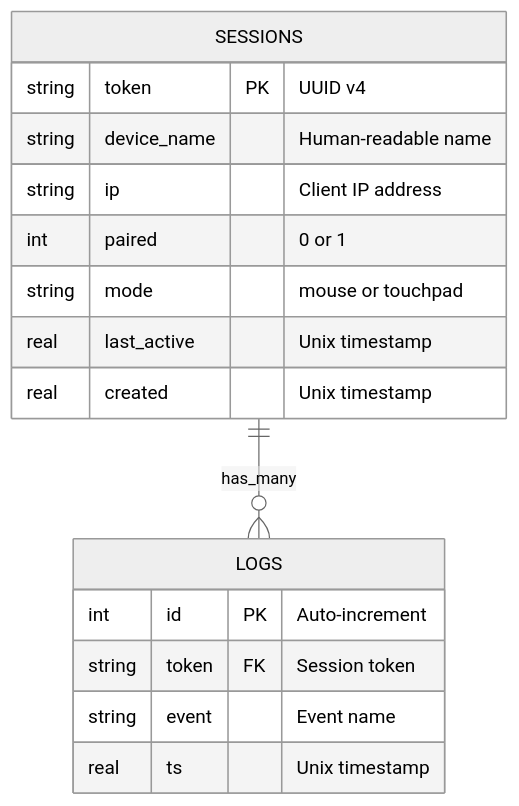
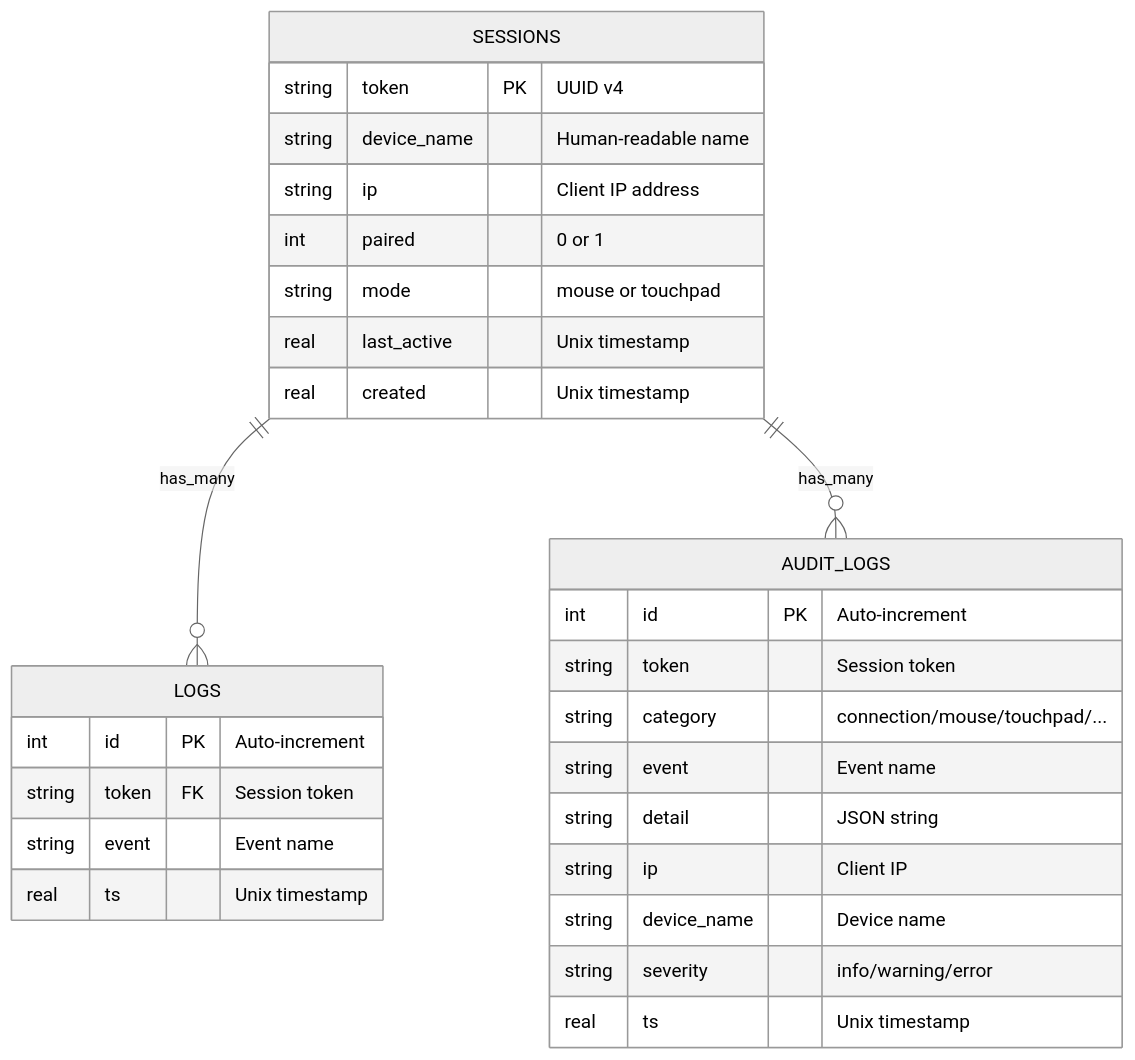
The ninth of 18 diagrams in wiki/02-Architecture.md (learnerforge/Remote_Mouse), drawn with Mermaid (neutral theme) before and after one commit. The commit also changed other lines of this file and 24 other files, not shown here.

````diff
--- a/wiki/02-Architecture.md
+++ b/wiki/02-Architecture.md
@@ -361,19 +361,31 @@
 ```mermaid
 erDiagram
     SESSIONS {
         string token PK "UUID v4"
         string device_name "Human-readable name"
         string ip "Client IP address"
         int paired "0 or 1"
         string mode "mouse or touchpad"
         real last_active "Unix timestamp"
         real created "Unix timestamp"
     }
     LOGS {
         int id PK "Auto-increment"
         string token FK "Session token"
         string event "Event name"
         real ts "Unix timestamp"
     }
+    AUDIT_LOGS {
+        int id PK "Auto-increment"
+        string token "Session token"
+        string category "connection/mouse/touchpad/..."
+        string event "Event name"
+        string detail "JSON string"
+        string ip "Client IP"
+        string device_name "Device name"
+        string severity "info/warning/error"
+        real ts "Unix timestamp"
+    }
     SESSIONS ||--o{ LOGS : "has_many"
+    SESSIONS ||--o{ AUDIT_LOGS : "has_many"
 ```
````
